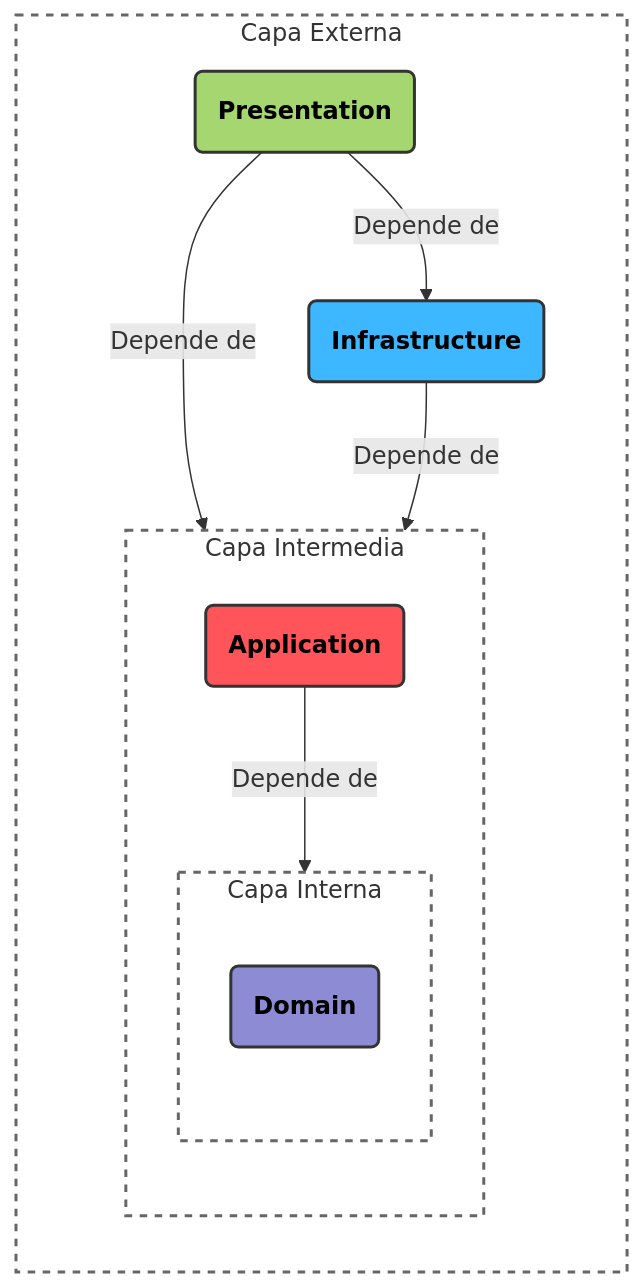
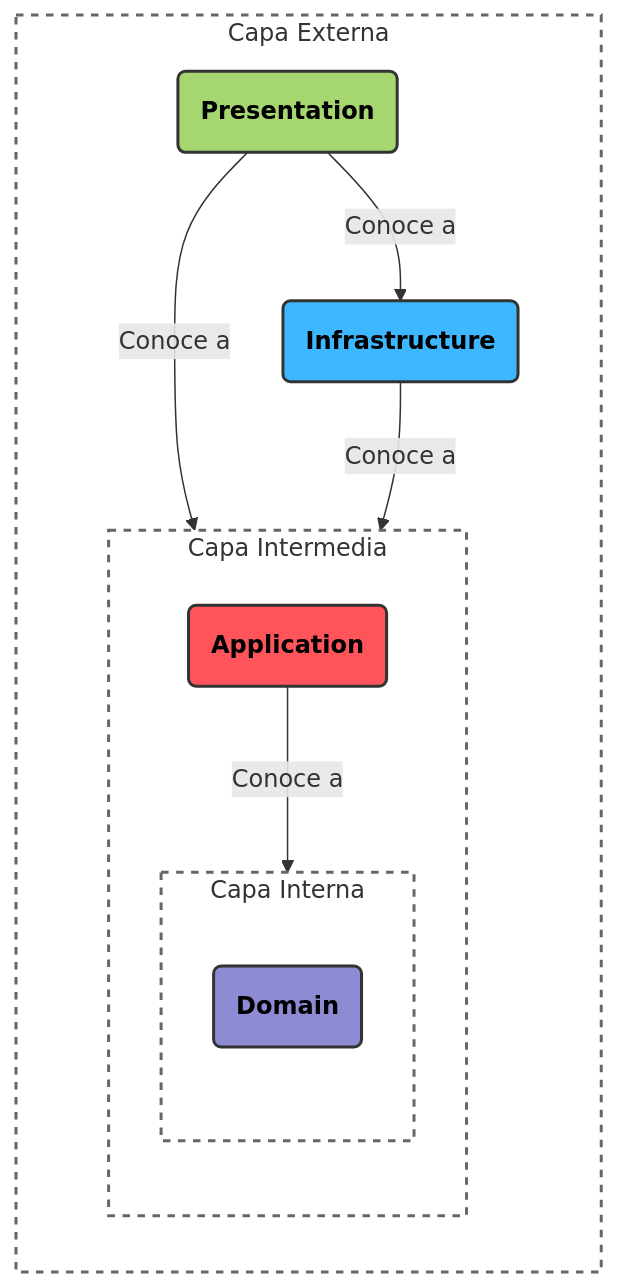
One commit to lautaro-rojas/Clean-Architecture changed the diagram in README.md. Above: the diagram before and after it, drawn with Mermaid. The commit also changed other lines of this file, not shown here.

````diff
--- a/README.md
+++ b/README.md
@@ -59,36 +82,36 @@
 ```mermaid
 flowchart TD
     %% Definición de estilos basados en los colores de tu imagen
     classDef presentation fill:#A5D66F,stroke:#333,stroke-width:2px,color:#000,font-weight:bold;
     classDef infrastructure fill:#3DB7FF,stroke:#333,stroke-width:2px,color:#000,font-weight:bold;
     classDef application fill:#FF545A,stroke:#333,stroke-width:2px,color:#000,font-weight:bold;
     classDef domain fill:#8C8BD4,stroke:#333,stroke-width:2px,color:#000,font-weight:bold;
 
     subgraph OuterLayer [Capa Externa]
         direction TB
         P(Presentation):::presentation
         
         subgraph MiddleLayer [Capa Intermedia]
             direction TB
             A(Application):::application
             
             subgraph InnerLayer [Capa Interna]
                 direction TB
                 D(Domain):::domain
             end
         end
         
         I(Infrastructure):::infrastructure
     end
 
     %% Regla de dependencia de Clean Architecture (Siempre hacia el centro)
-    P -->|Depende de| A
-    P -->|Depende de| I
-    I -->|Depende de| A
-    A -->|Depende de| D
+    P -->|Conoce a| A
+    P -->|Conoce a| I
+    I -->|Conoce a| A
+    A -->|Conoce a| D
 
     %% Estilos de los contenedores
     style OuterLayer fill:none,stroke:#666,stroke-width:2px,stroke-dasharray: 5 5
     style MiddleLayer fill:none,stroke:#666,stroke-width:2px,stroke-dasharray: 5 5
     style InnerLayer fill:none,stroke:#666,stroke-width:2px,stroke-dasharray: 5 5
 ```
````
